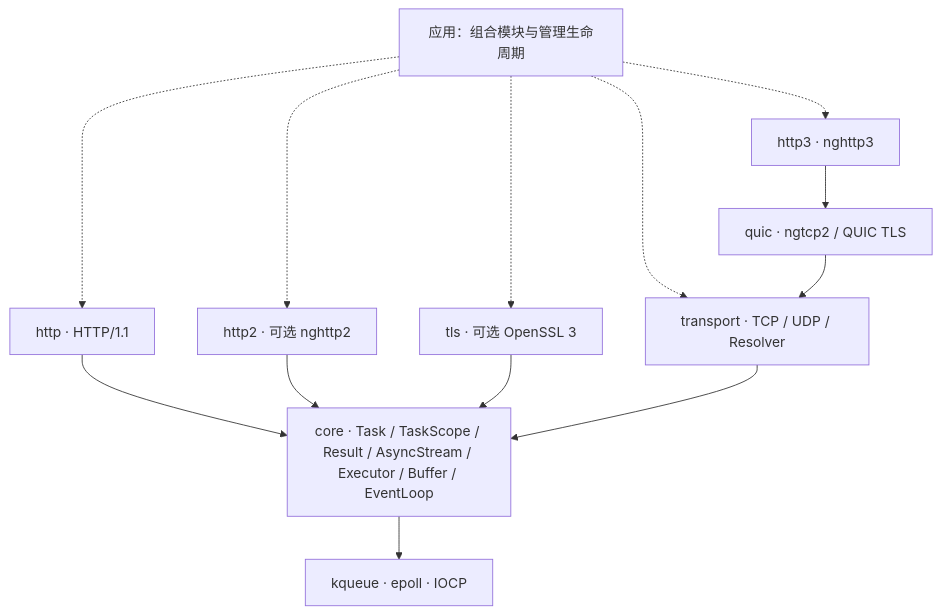
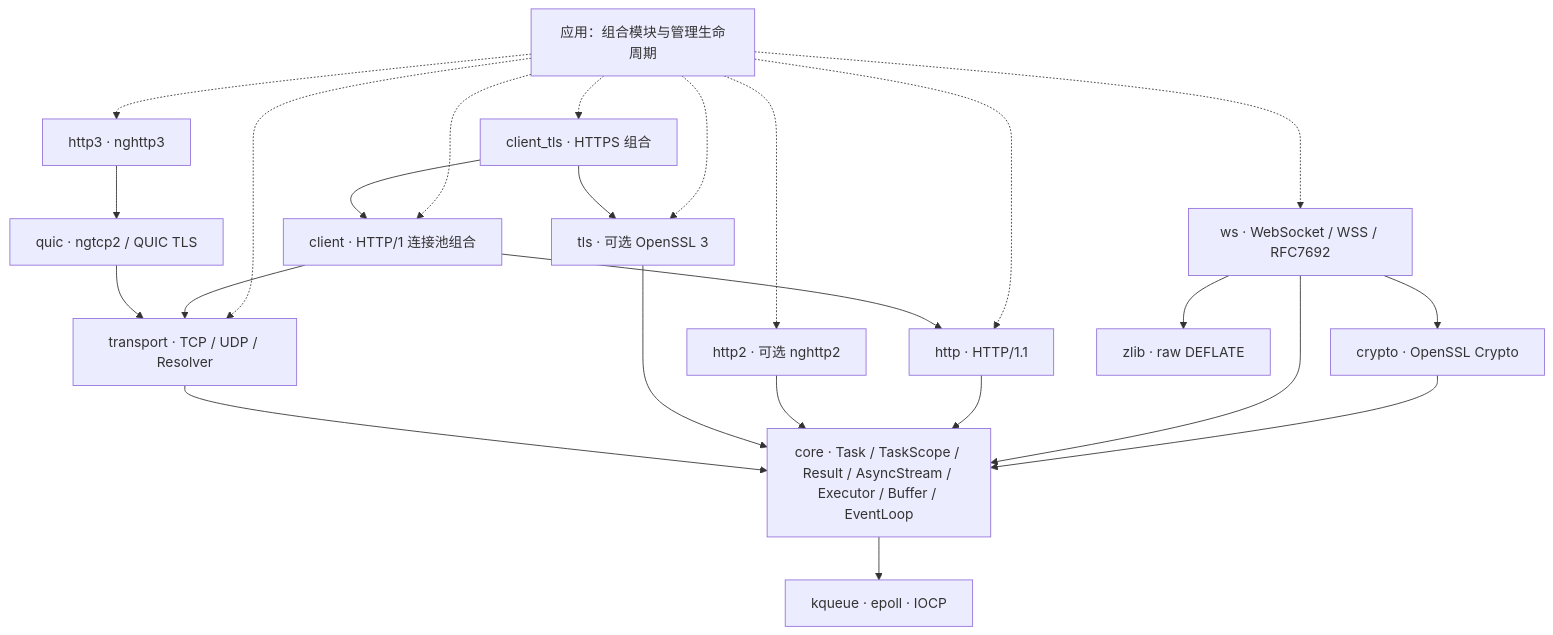
One commit to dqsjqian/Mira changed the diagram in README.md. Above: the diagram before and after it, drawn with Mermaid. The commit also changed other lines of this file and 84 other files, not shown here.

````diff
--- a/README.md
+++ b/README.md
@@ -78,16 +80,27 @@
 ```mermaid
 flowchart TB
     App[应用：组合模块与管理生命周期]
     App -.-> HTTP[http · HTTP/1.1]
     App -.-> TLS[tls · 可选 OpenSSL 3]
     App -.-> TCP[transport · TCP / UDP / Resolver]
     App -.-> H2[http2 · 可选 nghttp2]
     App -.-> H3[http3 · nghttp3]
+    App -.-> WS[ws · WebSocket / WSS / RFC7692]
+    App -.-> Client[client · HTTP/1 连接池组合]
+    App -.-> ClientTLS[client_tls · HTTPS 组合]
+    Client --> HTTP
+    Client --> TCP
+    ClientTLS --> Client
+    ClientTLS --> TLS
+    WS --> Crypto[crypto · OpenSSL Crypto]
+    WS --> Zlib[zlib · raw DEFLATE]
+    Crypto --> Core
+    WS --> Core
     HTTP --> Core[core · Task / TaskScope / Result / AsyncStream / Executor / Buffer / EventLoop]
     H2 --> Core
     H3 --> QUIC[quic · ngtcp2 / QUIC TLS]
     QUIC --> TCP
     TLS --> Core
     TCP --> Core
     Core --> Backends[kqueue · epoll · IOCP]
 ```
````
